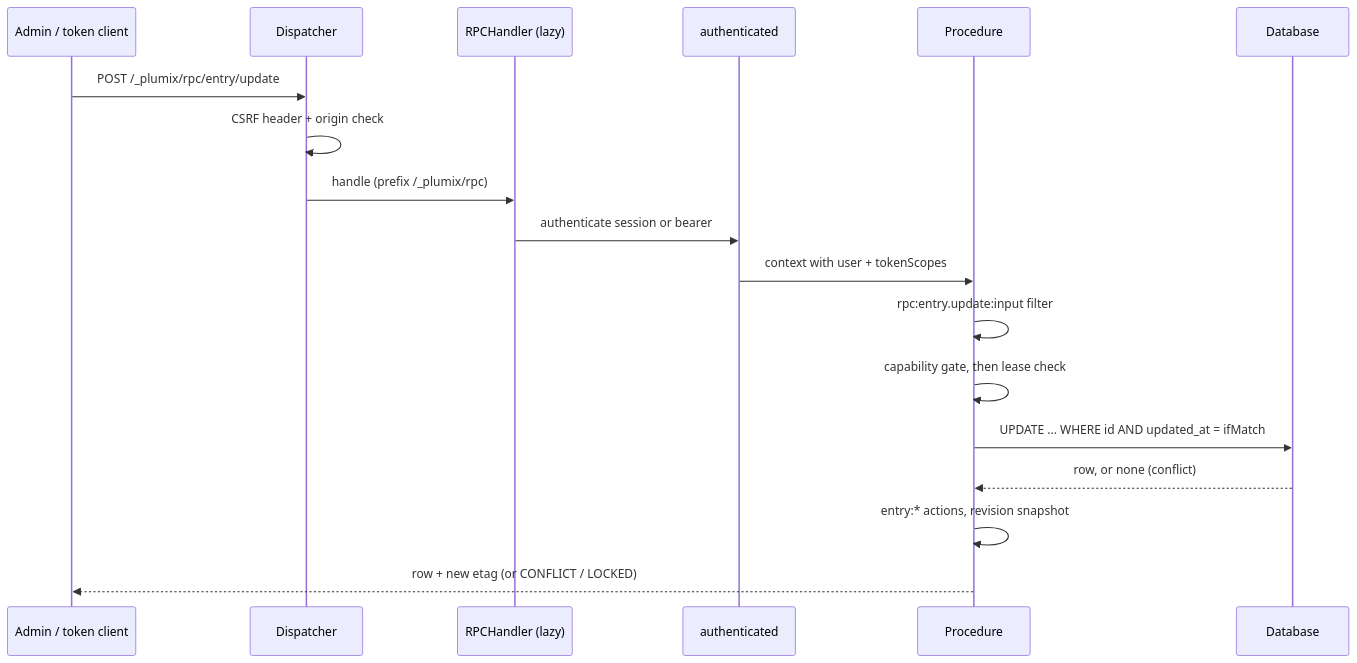
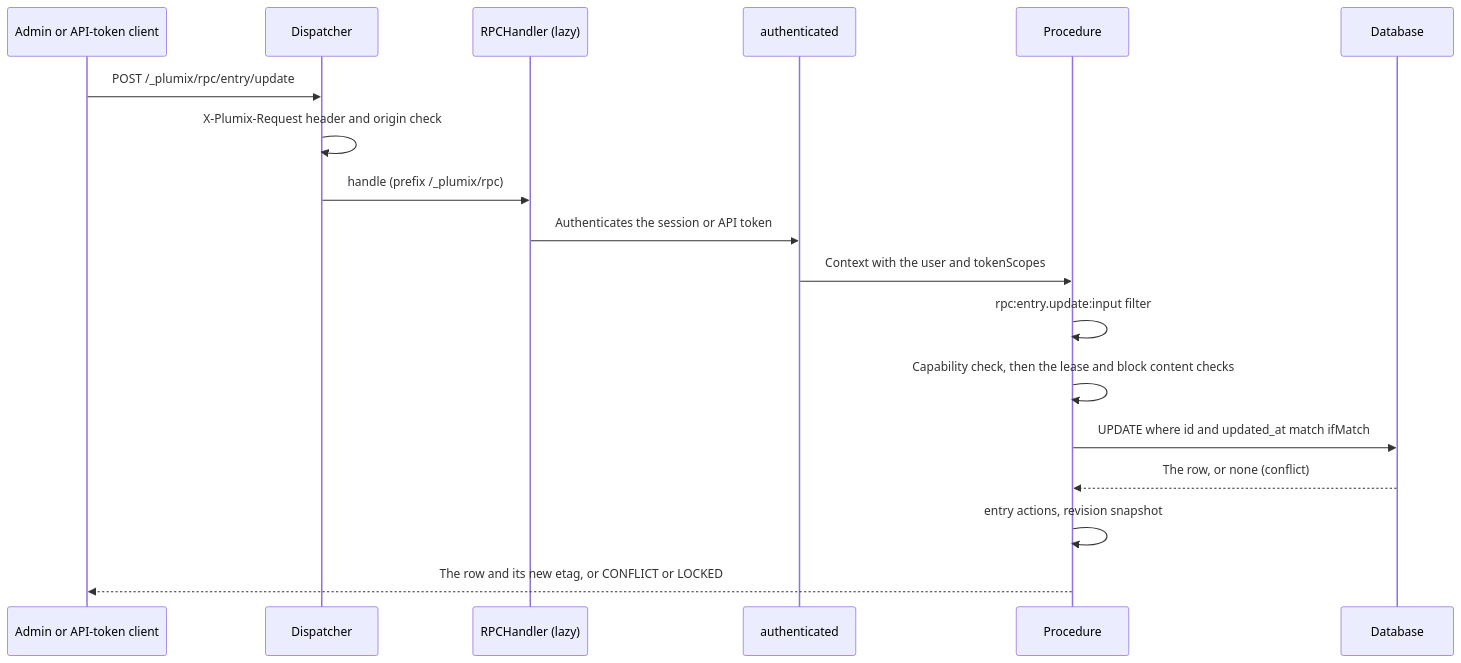
Before and after one commit to withplumix/plumix: the first of 2 diagrams in docs/architecture/rpc-and-editing.md, drawn with Mermaid. The commit also changed other lines of this file and 21 other files, not shown here.

````diff
--- a/docs/architecture/rpc-and-editing.md
+++ b/docs/architecture/rpc-and-editing.md
@@ -7,20 +7,20 @@
 ```mermaid
 sequenceDiagram
-  participant C as Admin / token client
+  participant C as Admin or API-token client
   participant D as Dispatcher
   participant H as RPCHandler (lazy)
   participant A as authenticated
   participant P as Procedure
   participant DB as Database
   C->>D: POST /_plumix/rpc/entry/update
-  D->>D: CSRF header + origin check
+  D->>D: X-Plumix-Request header and origin check
   D->>H: handle (prefix /_plumix/rpc)
-  H->>A: authenticate session or bearer
-  A->>P: context with user + tokenScopes
+  H->>A: Authenticates the session or API token
+  A->>P: Context with the user and tokenScopes
   P->>P: rpc:entry.update:input filter
-  P->>P: capability gate, then lease check
-  P->>DB: UPDATE ... WHERE id AND updated_at = ifMatch
-  DB-->>P: row, or none (conflict)
-  P->>P: entry:* actions, revision snapshot
-  P-->>C: row + new etag (or CONFLICT / LOCKED)
+  P->>P: Capability check, then the lease and block content checks
+  P->>DB: UPDATE where id and updated_at match ifMatch
+  DB-->>P: The row, or none (conflict)
+  P->>P: entry actions, revision snapshot
+  P-->>C: The row and its new etag, or CONFLICT or LOCKED
 ```
````
